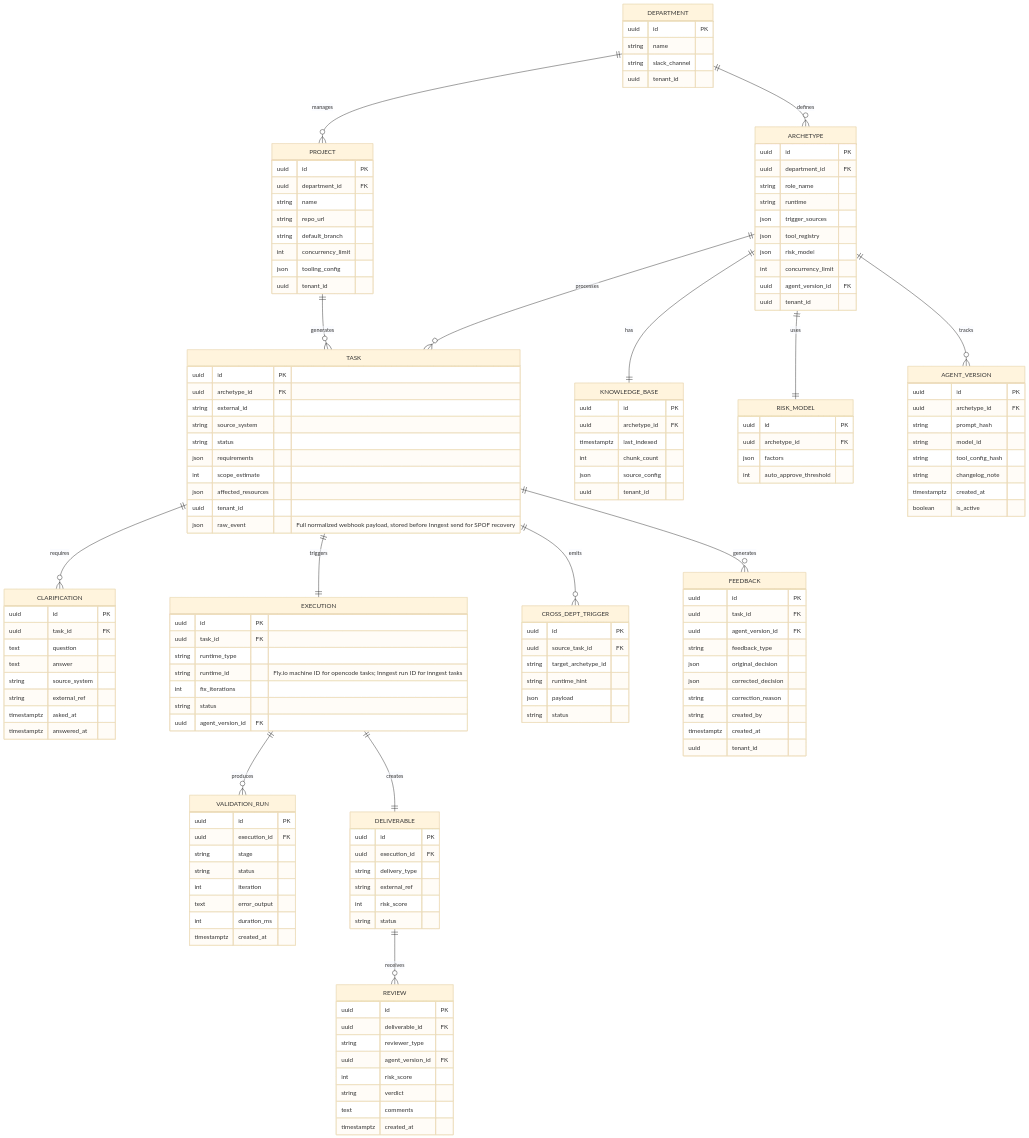
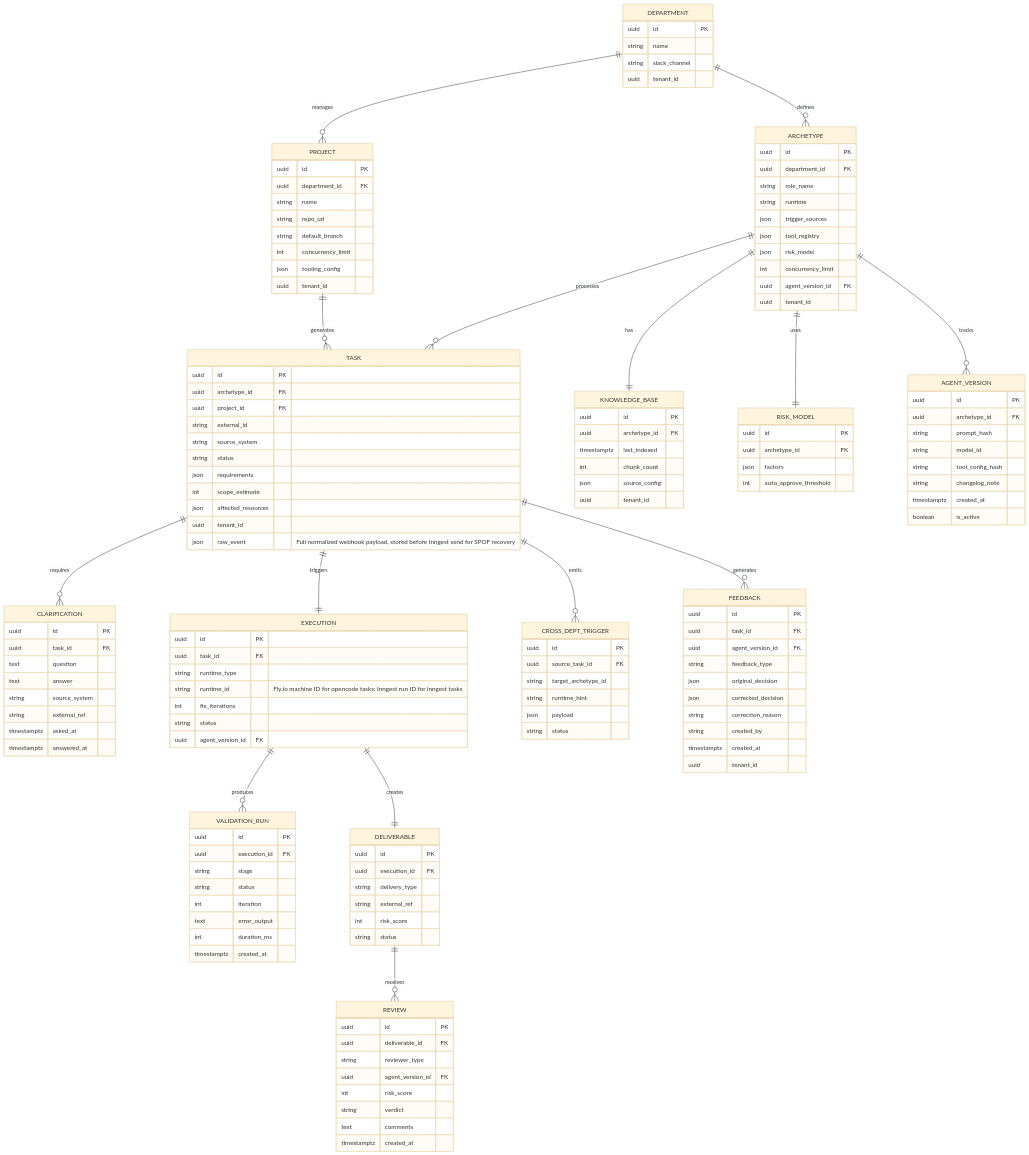
Before and after one commit to viiqswim/dozaldevs-ai-employee: diagram 13 of 16 in docs/2026-03-22-2317-ai-employee-architecture.md, drawn with Mermaid (base theme). The commit also changed other lines of this file, not shown here.

Commit message:
docs(architecture): add project_id FK, remove MVP GH webhook, add MVP cost note, collapse marketing section

```diff
--- a/docs/2026-03-22-2317-ai-employee-architecture.md
+++ b/docs/2026-03-22-2317-ai-employee-architecture.md
@@ -1371,6 +1323,7 @@
     TASK {
         uuid id PK
         uuid archetype_id FK
+        uuid project_id FK
         string external_id
         string source_system
         string status
```
